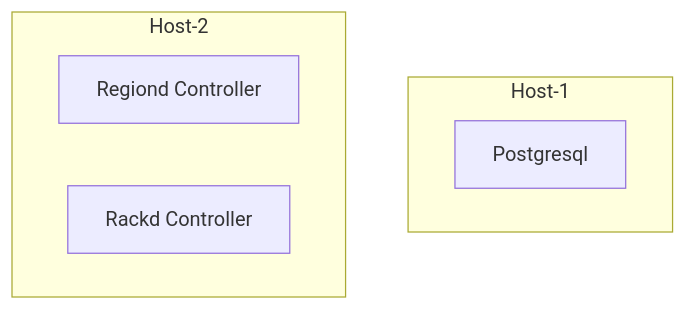
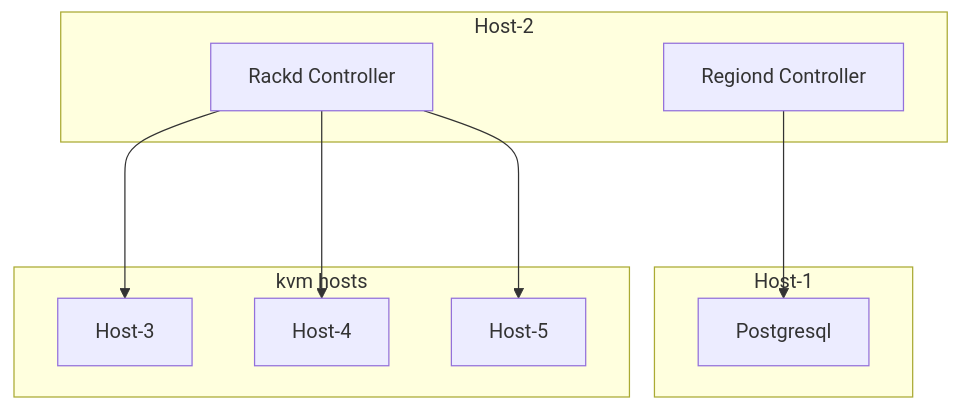
Before and after one commit to migueltinembart/development-environment: the second of 2 diagrams in u0jx-architecture.md, drawn with Mermaid. The commit also changed other lines of this file and 1 other file, not shown here.

````diff
--- a/u0jx-architecture.md
+++ b/u0jx-architecture.md
@@ -66,14 +66,20 @@
 ```mermaid
 graph TD;
   pgsql[Postgresql];
   regiond[Regiond Controller];
   rackd[Rackd Controller];
-  subgraph Host-1
-    pgsql
-  end
-
   subgraph Host-2
     regiond
     rackd
   end
+  subgraph Host-1
+    pgsql
+  end
+  subgraph kvm hosts
+    Host-3
+    Host-4
+    Host-5
+  end
+  regiond ---> pgsql
+  rackd ---> Host-3 & Host-4 & Host-5
 ```
````
